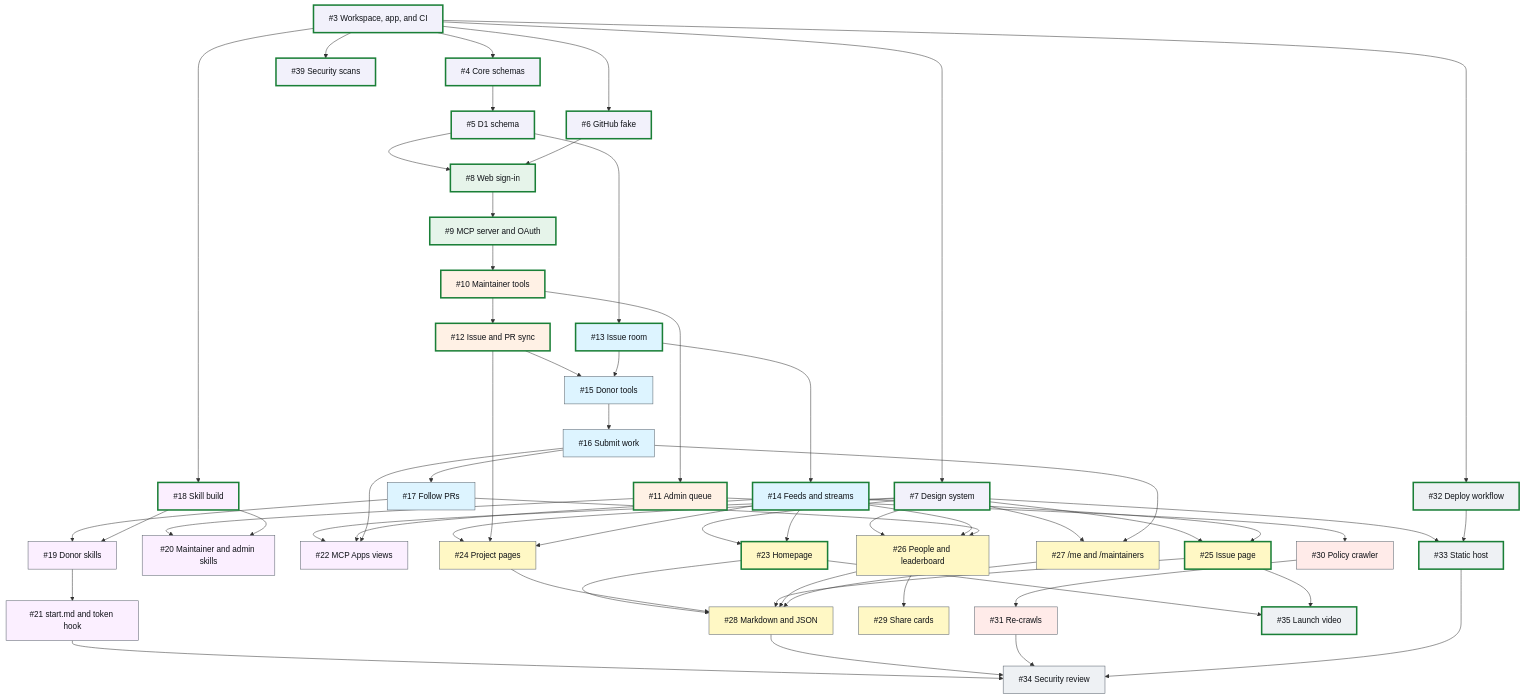
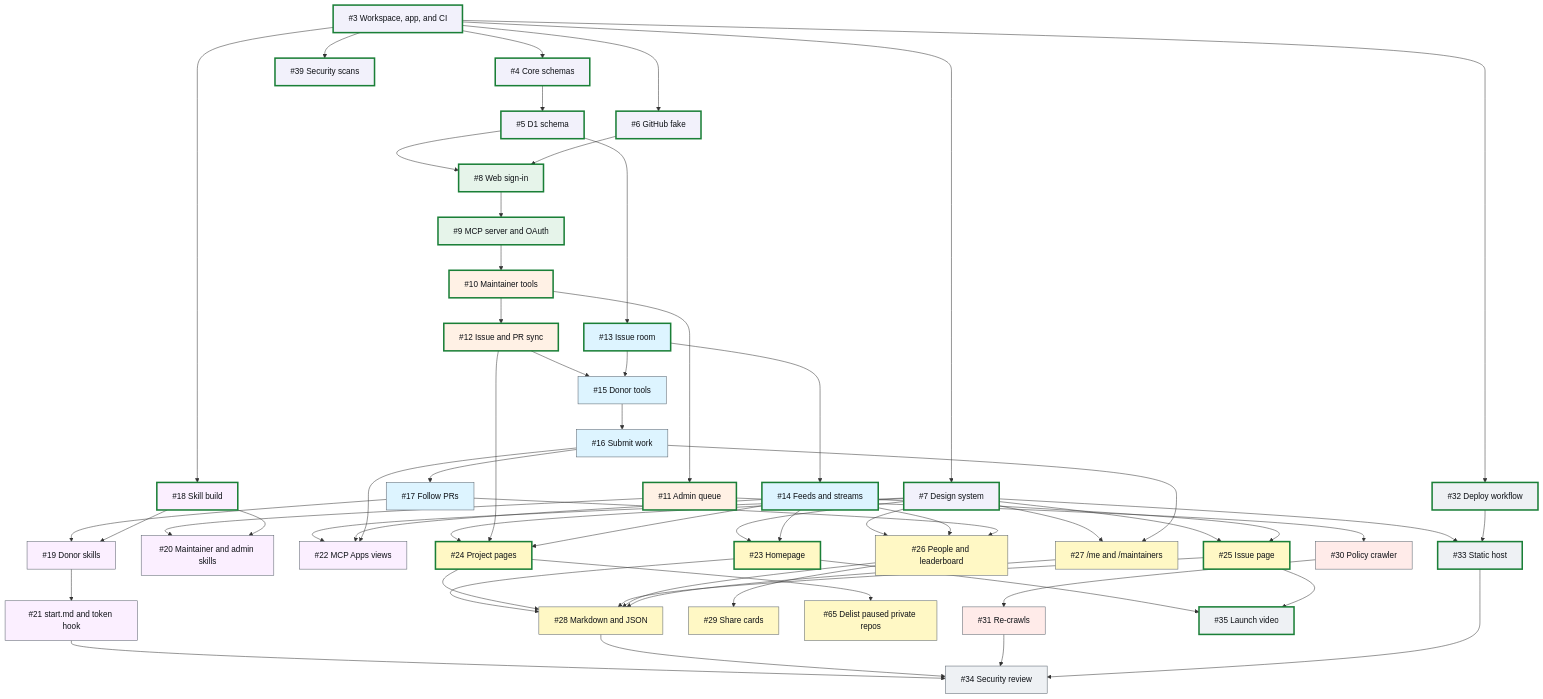
The diagram in ROADMAP.md (meanwhileso/goodfirsttoken), drawn with Mermaid before and after one commit. The commit also changed other lines of this file and 40 other files, not shown here.

````diff
--- a/ROADMAP.md
+++ b/ROADMAP.md
@@ -150,6 +151,7 @@
   n27["#27 /me and /maintainers"]:::m6
   n28["#28 Markdown and JSON"]:::m6
   n29["#29 Share cards"]:::m6
+  n65["#65 Delist paused private repos"]:::m6
   n30["#30 Policy crawler"]:::m7
   n31["#31 Re-crawls"]:::m7
   n32["#32 Deploy workflow"]:::m8
@@ -201,6 +203,7 @@
   n23 --> n28
   n23 --> n35
   n24 --> n28
+  n24 --> n65
   n25 --> n28
   n25 --> n35
   n26 --> n28
@@ -211,5 +214,5 @@
   n31 --> n34
   n32 --> n33
   n33 --> n34
-  class n3,n4,n18,n32,n39,n6,n7,n5,n8,n13,n33,n14,n9,n23,n25,n10,n35,n12,n11 done
+  class n3,n4,n18,n32,n39,n6,n7,n5,n8,n13,n33,n14,n9,n23,n25,n10,n35,n12,n11,n24 done
 ```
````
